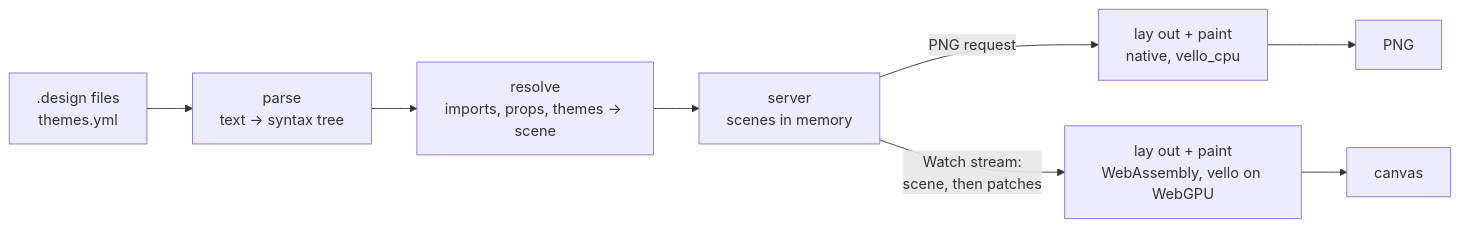
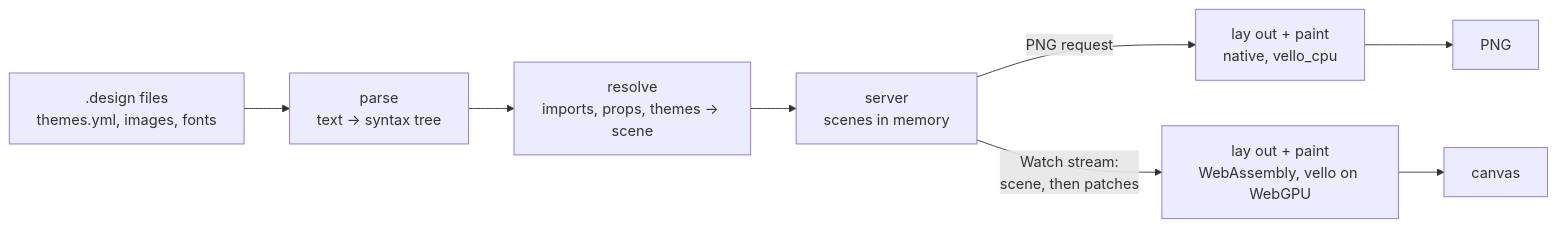
Before and after one commit to andrei512/devpage: the diagram in docs/boxes/viewer/design-engine/README.md, drawn with Mermaid. The commit also changed other lines of this file and 7 other files, not shown here.

First line of the commit message:
Design: fonts are files in the served folder, named in themes.yml or on a Text

````diff
--- a/docs/boxes/viewer/design-engine/README.md
+++ b/docs/boxes/viewer/design-engine/README.md
@@ -11,14 +11,14 @@
 ```mermaid
 flowchart LR
-  files[".design files<br/>themes.yml"] --> parse["parse<br/>text → syntax tree"]
+  files[".design files<br/>themes.yml, images, fonts"] --> parse["parse<br/>text → syntax tree"]
   parse --> resolve["resolve<br/>imports, props, themes → scene"]
   resolve --> server["server<br/>scenes in memory"]
   server -->|"PNG request"| paint1["lay out + paint<br/>native, vello_cpu"]
   server -->|"Watch stream:<br/>scene, then patches"| wasm["lay out + paint<br/>WebAssembly, vello on WebGPU"]
   wasm --> canvas["canvas"]
   paint1 --> png["PNG"]
   click parse href "#parsing" "Parsing"
   click resolve href "#resolving" "Resolving"
   click server href "#in-the-server" "In the server"
   click wasm href "#in-the-browser" "In the browser"
 ```
````
